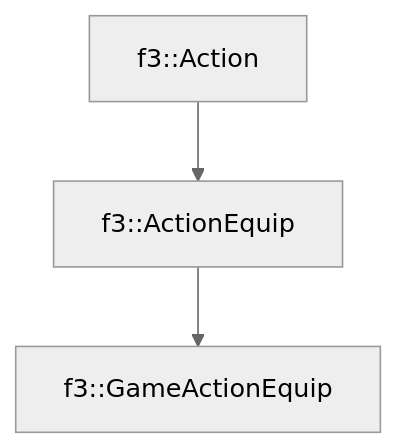
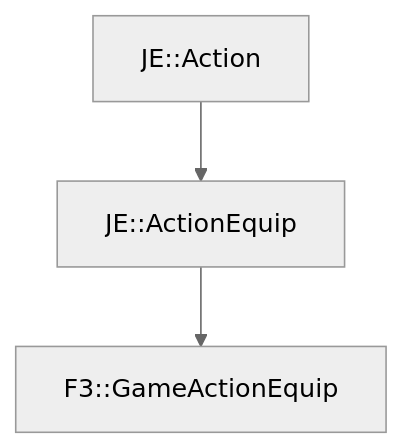
The diagram in docs/f3/GameActionEquip.md (OpenJE/openvb), drawn with Mermaid (neutral theme) before and after one commit. The commit also changed other lines of this file and 1399 other files, not shown here.

````diff
--- a/docs/f3/GameActionEquip.md
+++ b/docs/f3/GameActionEquip.md
@@ -17,5 +17,5 @@
 ```mermaid
 graph TD;
-    f3::Action --> f3::ActionEquip
-    f3::ActionEquip --> f3::GameActionEquip
+    JE::Action --> JE::ActionEquip
+    JE::ActionEquip --> F3::GameActionEquip
 ```
````
